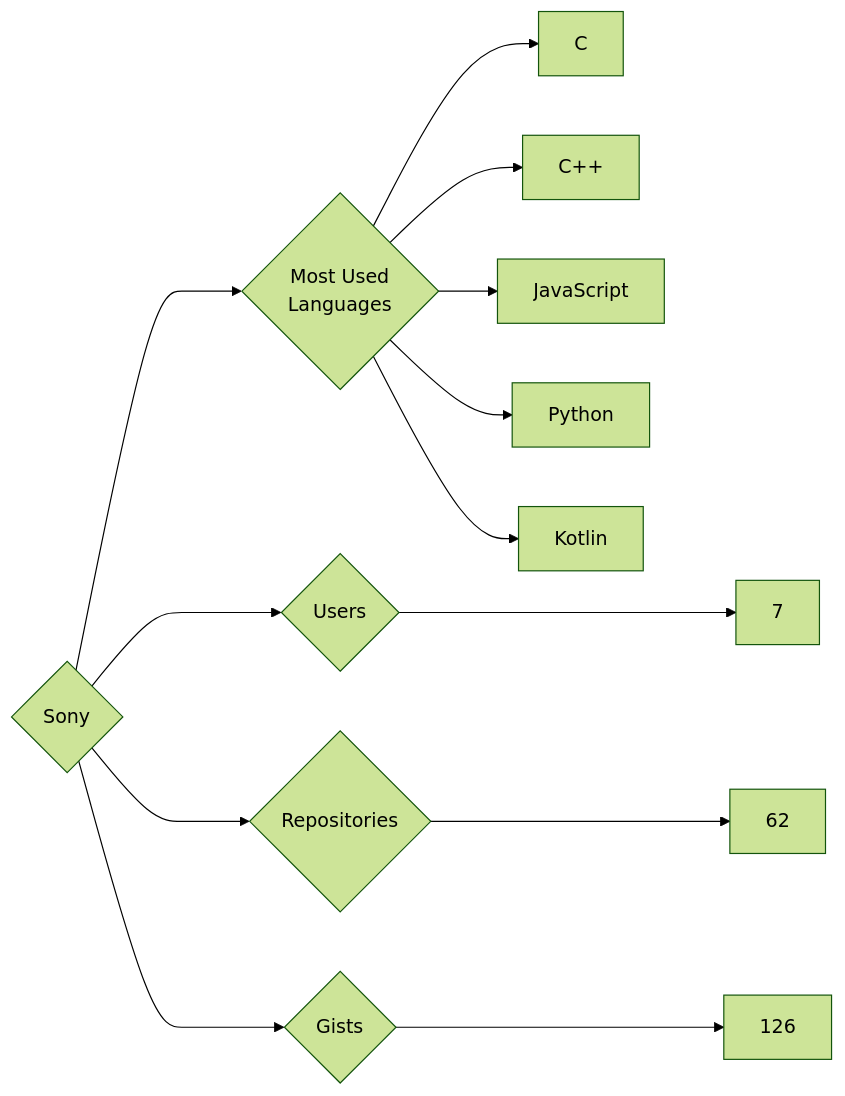
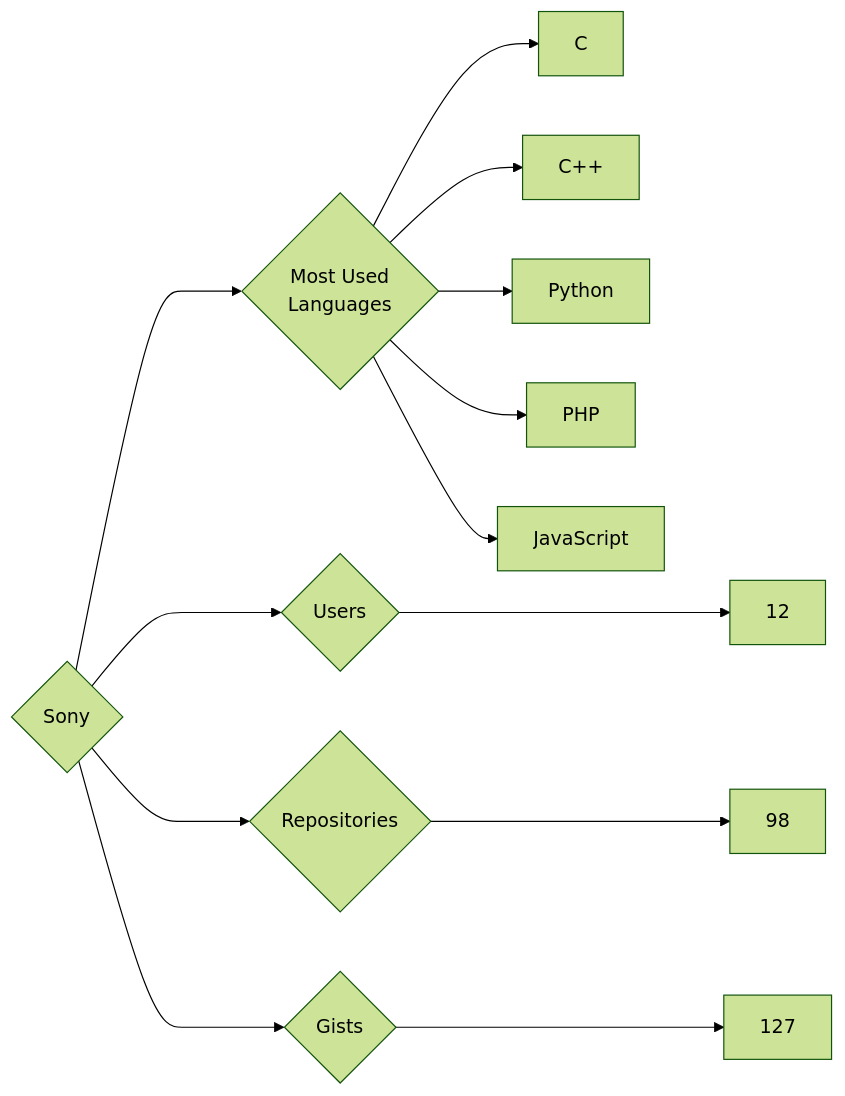
One commit to trickest/insiders changed the diagram in targets/Sony/README.md. Above: the diagram before and after it, drawn with Mermaid (forest theme). The commit also changed 815 other files, not shown here.

````diff
--- a/targets/Sony/README.md
+++ b/targets/Sony/README.md
@@ -3,13 +3,13 @@
 ```mermaid
 graph LR
 COMPANY_NAME{Sony}
-COMPANY_NAME ---> U{Users} ---> UN[7]
-COMPANY_NAME ---> R{Repositories} ---> RN[62]
-COMPANY_NAME ---> G{Gists} ---> GN[126]
+COMPANY_NAME ---> U{Users} ---> UN[12]
+COMPANY_NAME ---> R{Repositories} ---> RN[98]
+COMPANY_NAME ---> G{Gists} ---> GN[127]
 COMPANY_NAME ---> ML{Most Used<br>Languages}
 ML --> C[C]
 ML --> C++[C++]
+ML --> Python[Python]
+ML --> PHP[PHP]
 ML --> JavaScript[JavaScript]
-ML --> Python[Python]
-ML --> Kotlin[Kotlin]
 ```
````
